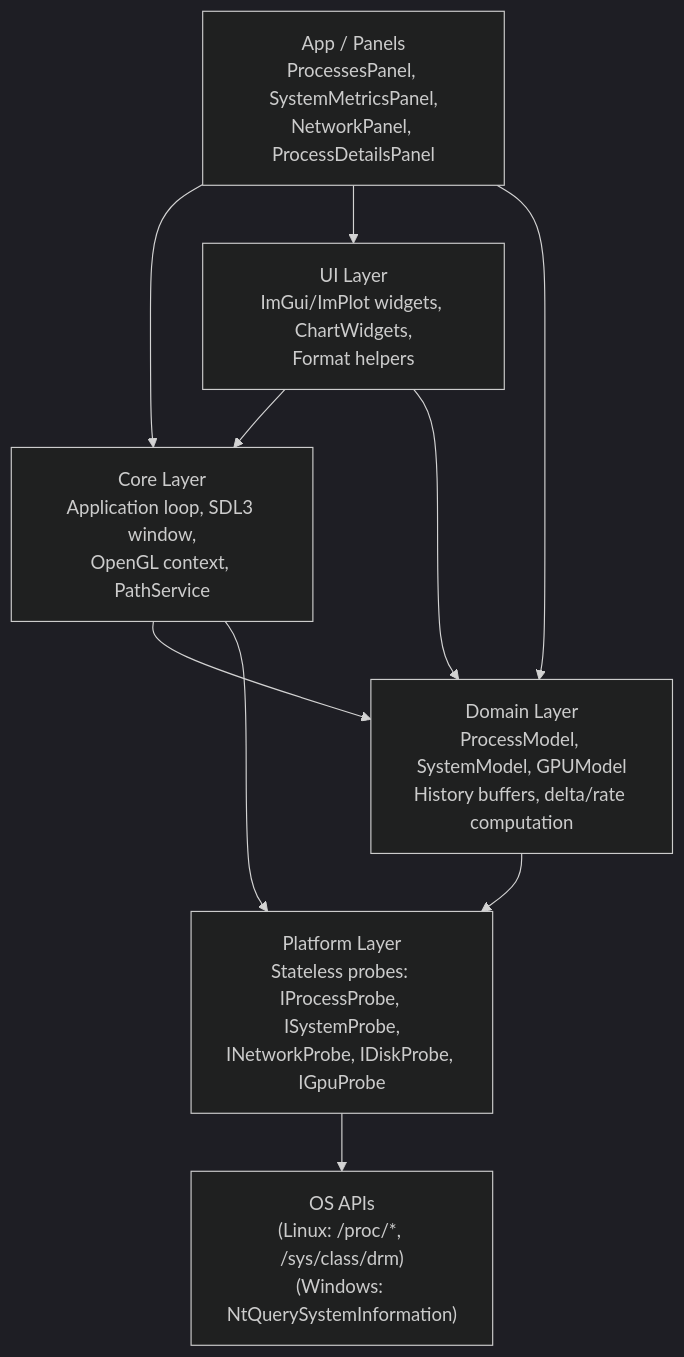
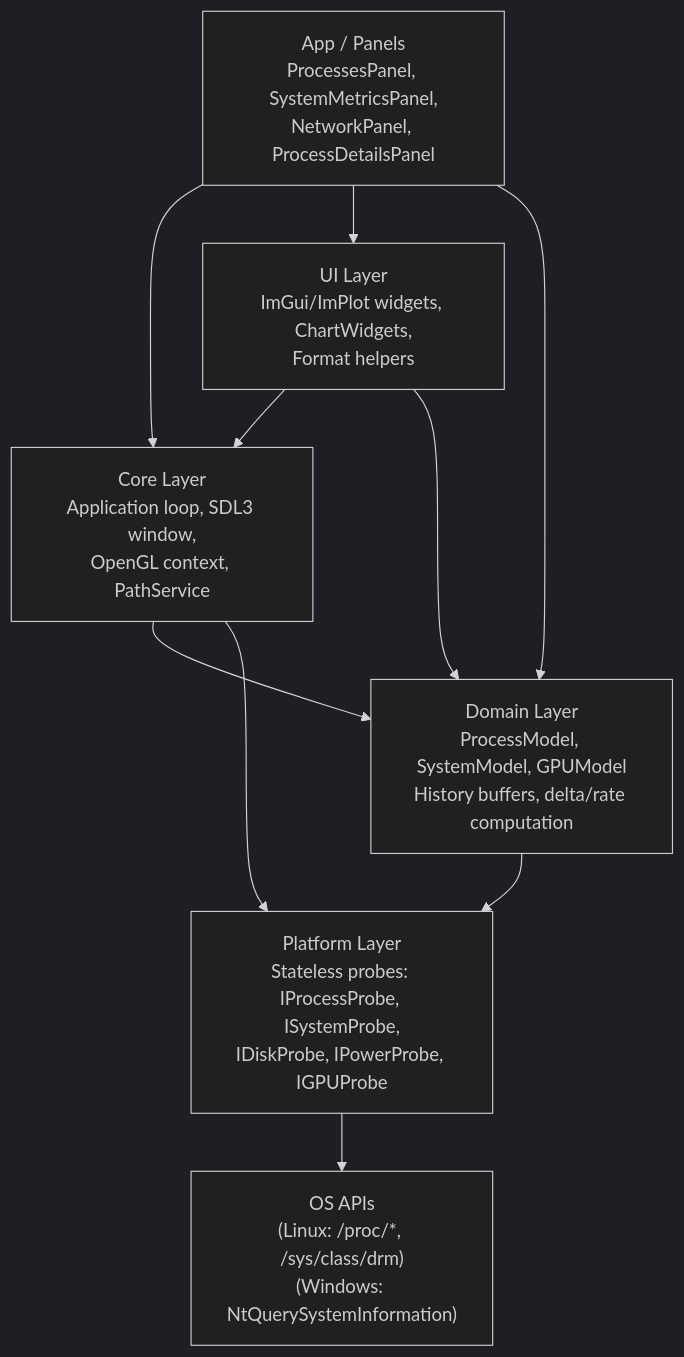
Before and after one commit to mgradwohl/tasksmack: the diagram in docs/dev/architecture.md, drawn with Mermaid (dark theme). The commit also changed other lines of this file and 2 other files, not shown here.

````diff
--- a/docs/dev/architecture.md
+++ b/docs/dev/architecture.md
@@ -9,19 +9,19 @@
 ```mermaid
 graph TD
     OS["OS APIs<br/>(Linux: /proc/*, /sys/class/drm)<br/>(Windows: NtQuerySystemInformation)"]
-    Platform["Platform Layer<br/>Stateless probes: IProcessProbe, ISystemProbe,<br/>INetworkProbe, IDiskProbe, IGpuProbe"]
+    Platform["Platform Layer<br/>Stateless probes: IProcessProbe, ISystemProbe,<br/>IDiskProbe, IPowerProbe, IGPUProbe"]
     Domain["Domain Layer<br/>ProcessModel, SystemModel, GPUModel<br/>History buffers, delta/rate computation"]
     Core["Core Layer<br/>Application loop, SDL3 window,<br/>OpenGL context, PathService"]
     UI["UI Layer<br/>ImGui/ImPlot widgets, ChartWidgets,<br/>Format helpers"]
     App["App / Panels<br/>ProcessesPanel, SystemMetricsPanel,<br/>NetworkPanel, ProcessDetailsPanel"]
 
     App --> Core
     App --> UI
     App --> Domain
     Core --> Domain
     Core --> Platform
     UI --> Core
     UI --> Domain
     Domain --> Platform
     Platform --> OS
 ```
````
